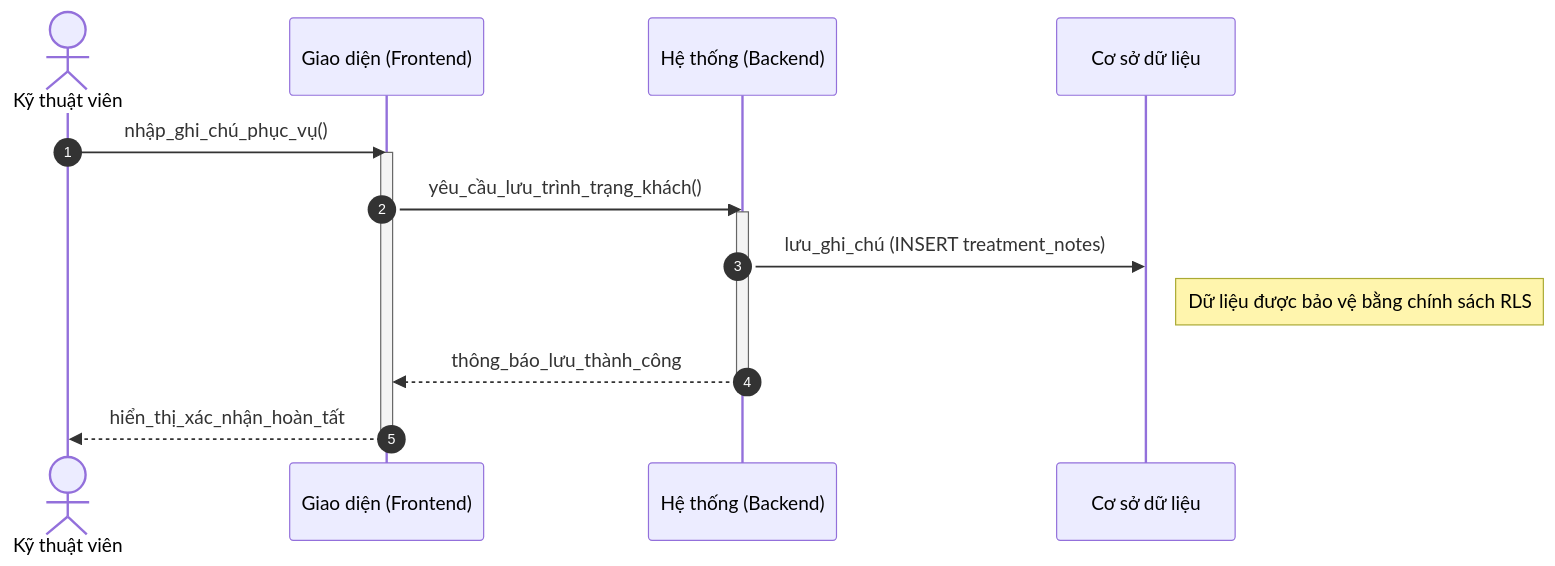
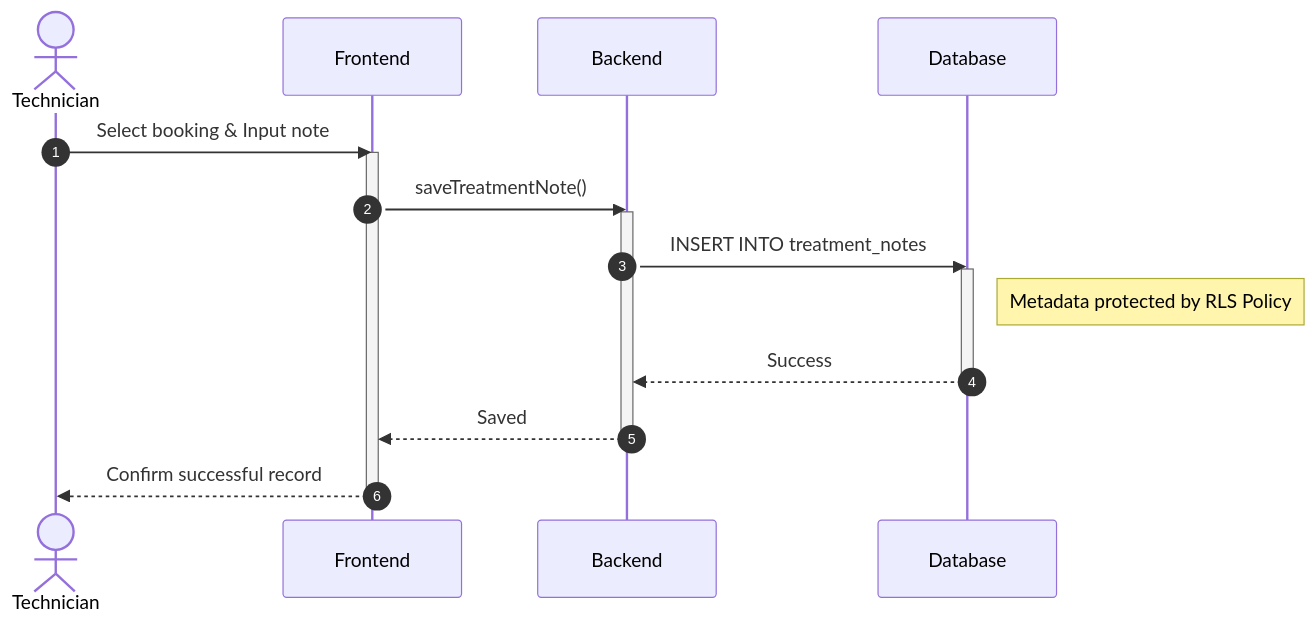
One commit to ngoctinn/Synapse changed the second of 2 diagrams in docs/design/sequences_simplified/technician_flows.md. Above: the diagram before and after it, drawn with Mermaid. The commit also changed other lines of this file and 4 other files, not shown here.

Commit message:
feat: add simplified sequence diagrams for authentication and core user flows.

````diff
--- a/docs/design/sequences_simplified/technician_flows.md
+++ b/docs/design/sequences_simplified/technician_flows.md
@@ -35,21 +33,24 @@
 ```mermaid
 sequenceDiagram
     autonumber
-    actor KTV as Kỹ thuật viên
-    participant FE as Giao diện (Frontend)
-    participant BE as Hệ thống (Backend)
-    participant DB as Cơ sở dữ liệu
+    actor KTV as Technician
+    participant FE as Frontend
+    participant BE as Backend
+    participant DB as Database
 
-    KTV->>FE: nhập_ghi_chú_phục_vụ()
+    KTV->>FE: Select booking & Input note
     activate FE
-    FE->>BE: yêu_cầu_lưu_trình_trạng_khách()
+    FE->>BE: saveTreatmentNote()
     activate BE
 
-    BE->>DB: lưu_ghi_chú (INSERT treatment_notes)
-    Note right of DB: Dữ liệu được bảo vệ bằng chính sách RLS
+    BE->>DB: INSERT INTO treatment_notes
+    activate DB
+    Note right of DB: Metadata protected by RLS Policy
 
-    BE-->>FE: thông_báo_lưu_thành_công
+    DB-->>BE: Success
+    deactivate DB
+    BE-->>FE: Saved
     deactivate BE
-    FE-->>KTV: hiển_thị_xác_nhận_hoàn_tất
+    FE-->>KTV: Confirm successful record
     deactivate FE
 ```
````
